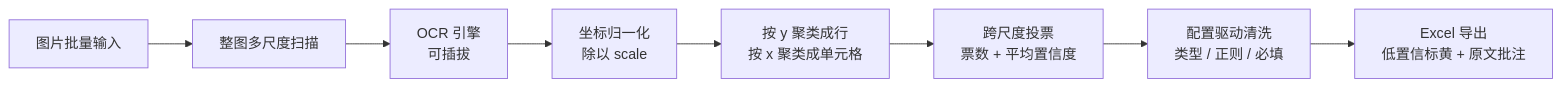
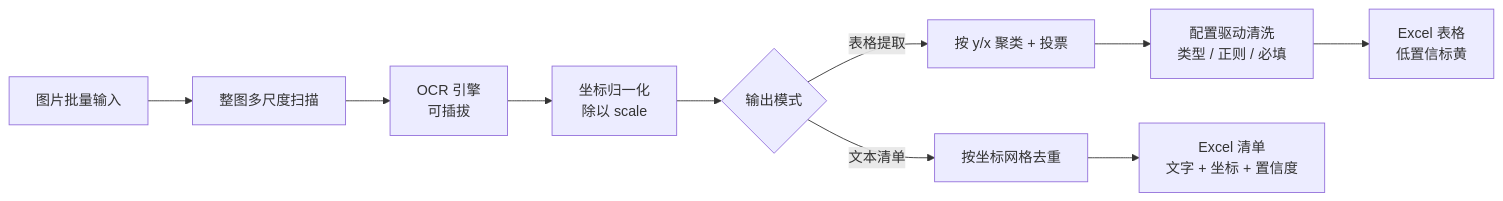
One commit to darkberserkerking/screenshot-to-excel-ocr changed the diagram in README.md. Above: the diagram before and after it, drawn with Mermaid. The commit also changed other lines of this file and 6 other files, not shown here.

````diff
--- a/README.md
+++ b/README.md
@@ -68,10 +91,12 @@
 ```mermaid
 flowchart LR
     A[图片批量输入] --> B[整图多尺度扫描]
     B --> C[OCR 引擎<br/>可插拔]
     C --> D[坐标归一化<br/>除以 scale]
-    D --> E[按 y 聚类成行<br/>按 x 聚类成单元格]
-    E --> F[跨尺度投票<br/>票数 + 平均置信度]
+    D --> E{输出模式}
+    E -->|表格提取| F[按 y/x 聚类 + 投票]
     F --> G[配置驱动清洗<br/>类型 / 正则 / 必填]
-    G --> H[Excel 导出<br/>低置信标黄 + 原文批注]
+    G --> H[Excel 表格<br/>低置信标黄]
+    E -->|文本清单| I[按坐标网格去重]
+    I --> J[Excel 清单<br/>文字 + 坐标 + 置信度]
 ```
````
